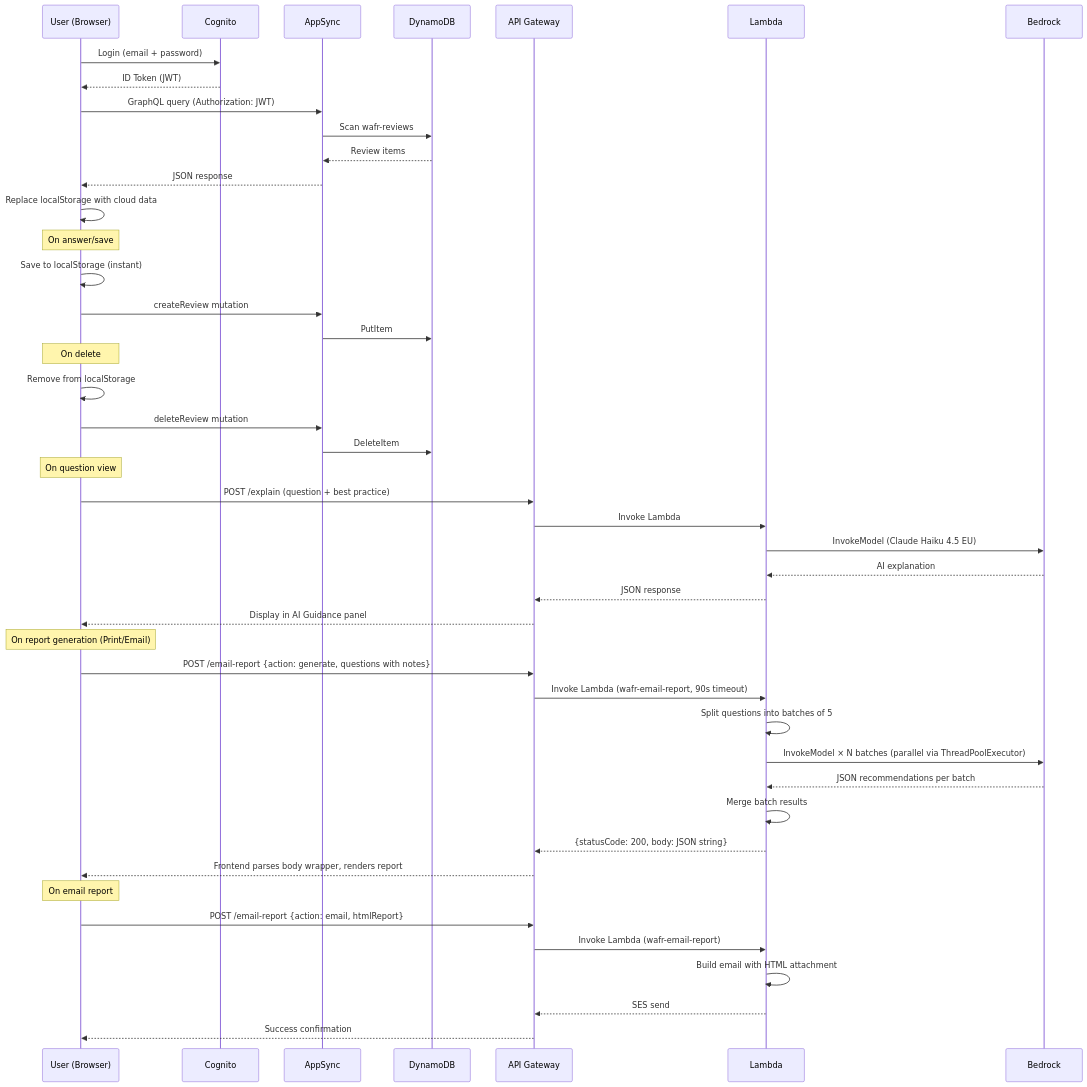
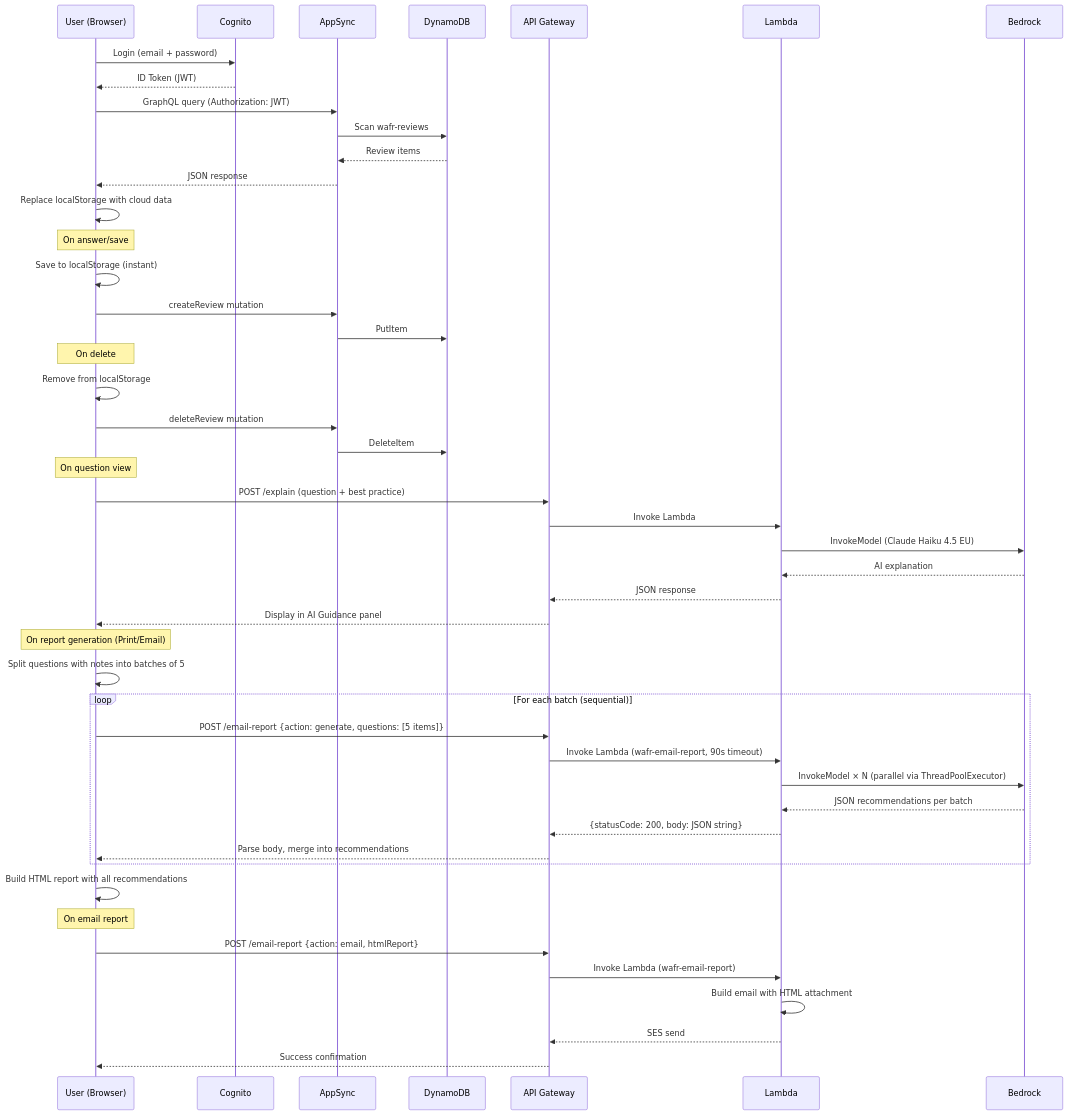
Before and after one commit to danielmatlock/workspaces-well-architected-review: the second of 3 diagrams in docs/ARCHITECTURE.md, drawn with Mermaid. The commit also changed other lines of this file and 2 other files, not shown here.

Commit message:
Add So What button: focused report showing only Bedrock observations and recommendations

````diff
--- a/docs/ARCHITECTURE.md
+++ b/docs/ARCHITECTURE.md
@@ -41,48 +41,50 @@
 ```mermaid
 sequenceDiagram
     participant U as User (Browser)
     participant C as Cognito
     participant A as AppSync
     participant D as DynamoDB
     participant AG as API Gateway
     participant L as Lambda
     participant B as Bedrock
 
     U->>C: Login (email + password)
     C-->>U: ID Token (JWT)
     U->>A: GraphQL query (Authorization: JWT)
     A->>D: Scan wafr-reviews
     D-->>A: Review items
     A-->>U: JSON response
     U->>U: Replace localStorage with cloud data
     Note over U: On answer/save
     U->>U: Save to localStorage (instant)
     U->>A: createReview mutation
     A->>D: PutItem
     Note over U: On delete
     U->>U: Remove from localStorage
     U->>A: deleteReview mutation
     A->>D: DeleteItem
     Note over U: On question view
     U->>AG: POST /explain (question + best practice)
     AG->>L: Invoke Lambda
     L->>B: InvokeModel (Claude Haiku 4.5 EU)
     B-->>L: AI explanation
     L-->>AG: JSON response
     AG-->>U: Display in AI Guidance panel
     Note over U: On report generation (Print/Email)
-    U->>AG: POST /email-report {action: generate, questions with notes}
-    AG->>L: Invoke Lambda (wafr-email-report, 90s timeout)
-    L->>L: Split questions into batches of 5
-    L->>B: InvokeModel × N batches (parallel via ThreadPoolExecutor)
-    B-->>L: JSON recommendations per batch
-    L->>L: Merge batch results
-    L-->>AG: {statusCode: 200, body: JSON string}
-    AG-->>U: Frontend parses body wrapper, renders report
+    U->>U: Split questions with notes into batches of 5
+    loop For each batch (sequential)
+        U->>AG: POST /email-report {action: generate, questions: [5 items]}
+        AG->>L: Invoke Lambda (wafr-email-report, 90s timeout)
+        L->>B: InvokeModel × N (parallel via ThreadPoolExecutor)
+        B-->>L: JSON recommendations per batch
+        L-->>AG: {statusCode: 200, body: JSON string}
+        AG-->>U: Parse body, merge into recommendations
+    end
+    U->>U: Build HTML report with all recommendations
     Note over U: On email report
     U->>AG: POST /email-report {action: email, htmlReport}
     AG->>L: Invoke Lambda (wafr-email-report)
     L->>L: Build email with HTML attachment
     L-->>AG: SES send
     AG-->>U: Success confirmation
 ```
````
